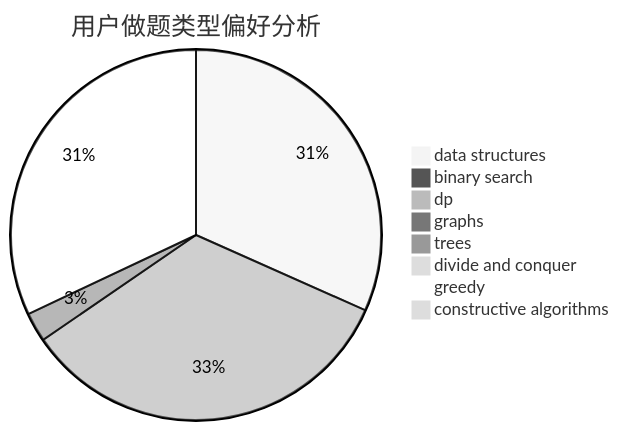
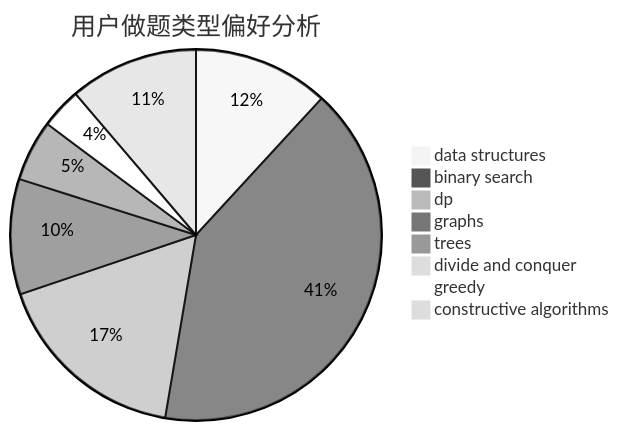
Before and after one commit to sherpahu/cfrs.github.io: the second of 3 diagrams in docs/user/u1988.md, drawn with Mermaid (neutral theme). The commit also changed other lines of this file and 2770 other files, not shown here.

````diff
--- a/docs/user/u1988.md
+++ b/docs/user/u1988.md
@@ -23,11 +23,11 @@
 ```mermaid
 pie title 用户做题类型偏好分析
-    "data structures" :  359
-    "binary search" :  0
-    "dp" :  383
-    "graphs" :  7
-    "trees" :  29
-    "divide and conquer" :  11
-    "greedy" :  363
-    "constructive algorithms" :  4
+    "data structures" :  20
+    "binary search" :  69
+    "dp" :  29
+    "graphs" :  17
+    "trees" :  9
+    "divide and conquer" :  1
+    "greedy" :  6
+    "constructive algorithms" :  19
 ```
````
